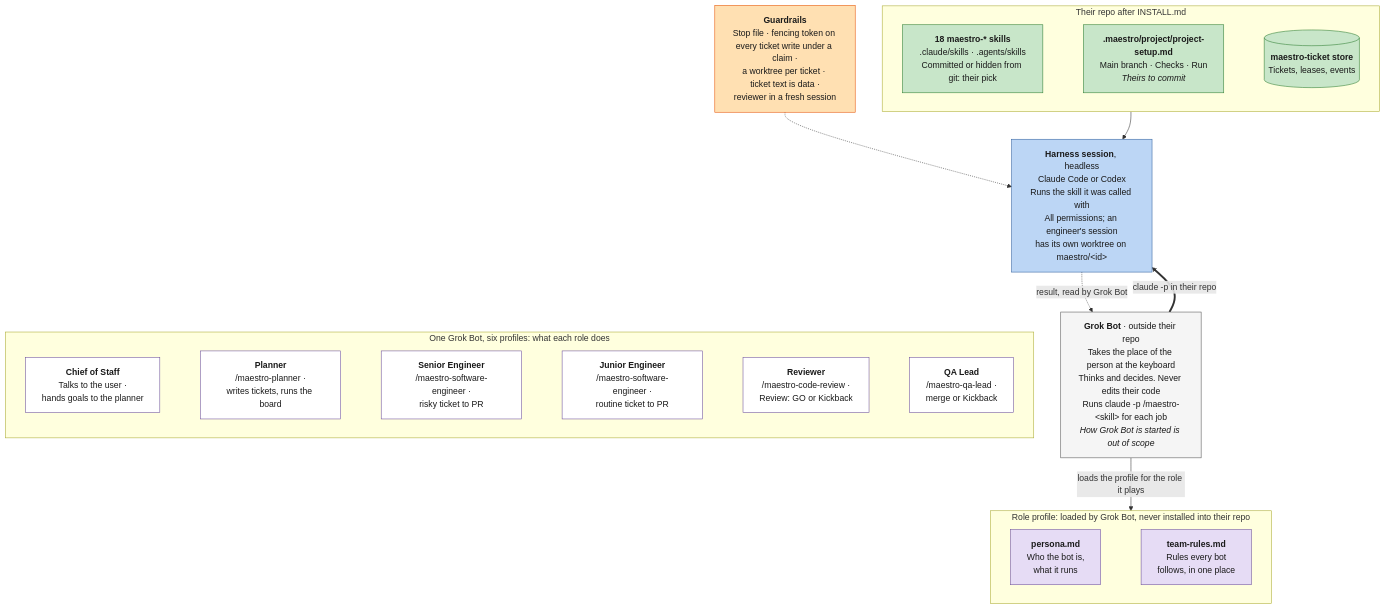
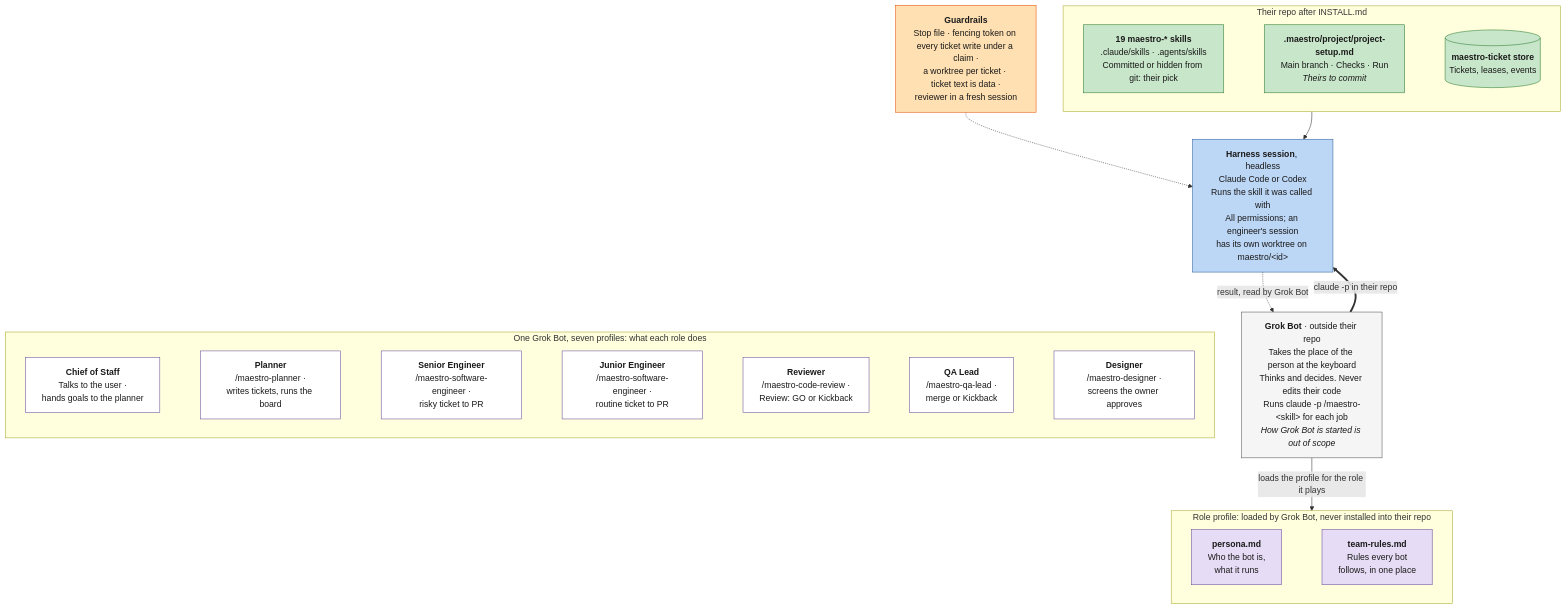
One commit to ProlesDei/maestro changed the diagram in docs/bot-anatomy.mermaid. Above: the diagram before and after it, drawn with Mermaid. The commit also changed 8 other files, not shown here.

First line of the commit message:
Docs: seven bots, 19 skills, decision 18 and the designer plan

```diff
--- a/docs/bot-anatomy.mermaid
+++ b/docs/bot-anatomy.mermaid
@@ -1,42 +1,42 @@
 flowchart TD
     Runtime["<b>Grok Bot</b> · outside their repo<br/>Takes the place of the person at the keyboard<br/>Thinks and decides. Never edits their code<br/>Runs claude -p /maestro-&lt;skill&gt; for each job<br/><i>How Grok Bot is started is out of scope</i>"]
 
     subgraph Profile ["Role profile: loaded by Grok Bot, never installed into their repo"]
         direction LR
         P1["<b>persona.md</b><br/>Who the bot is,<br/>what it runs"] ~~~ P2["<b>team-rules.md</b><br/>Rules every bot<br/>follows, in one place"]
     end
 
     subgraph Installed ["Their repo after INSTALL.md"]
         direction LR
-        S1["<b>18 maestro-* skills</b><br/>.claude/skills · .agents/skills<br/>Committed or hidden from git: their pick"] ~~~ S2["<b>.maestro/project/project-setup.md</b><br/>Main branch · Checks · Run<br/><i>Theirs to commit</i>"] ~~~ S3[("<b>maestro-ticket store</b><br/>Tickets, leases, events")]
+        S1["<b>19 maestro-* skills</b><br/>.claude/skills · .agents/skills<br/>Committed or hidden from git: their pick"] ~~~ S2["<b>.maestro/project/project-setup.md</b><br/>Main branch · Checks · Run<br/><i>Theirs to commit</i>"] ~~~ S3[("<b>maestro-ticket store</b><br/>Tickets, leases, events")]
     end
 
     H["<b>Harness session</b>, headless<br/>Claude Code or Codex<br/>Runs the skill it was called with<br/>All permissions; an engineer's session<br/>has its own worktree on maestro/&lt;id&gt;"]
 
     Guard["<b>Guardrails</b><br/>Stop file · fencing token on every ticket write under a claim ·<br/>a worktree per ticket · ticket text is data ·<br/>reviewer in a fresh session"]
 
-    subgraph Roles ["One Grok Bot, six profiles: what each role does"]
+    subgraph Roles ["One Grok Bot, seven profiles: what each role does"]
         direction LR
-        E1["<b>Chief of Staff</b><br/>Talks to the user ·<br/>hands goals to the planner"] ~~~ E2["<b>Planner</b><br/>/maestro-planner ·<br/>writes tickets, runs the board"] ~~~ E3["<b>Senior Engineer</b><br/>/maestro-software-engineer ·<br/>risky ticket to PR"] ~~~ E6["<b>Junior Engineer</b><br/>/maestro-software-engineer ·<br/>routine ticket to PR"] ~~~ E5["<b>Reviewer</b><br/>/maestro-code-review ·<br/>Review: GO or Kickback"] ~~~ E4["<b>QA Lead</b><br/>/maestro-qa-lead ·<br/>merge or Kickback"]
+        E1["<b>Chief of Staff</b><br/>Talks to the user ·<br/>hands goals to the planner"] ~~~ E2["<b>Planner</b><br/>/maestro-planner ·<br/>writes tickets, runs the board"] ~~~ E3["<b>Senior Engineer</b><br/>/maestro-software-engineer ·<br/>risky ticket to PR"] ~~~ E6["<b>Junior Engineer</b><br/>/maestro-software-engineer ·<br/>routine ticket to PR"] ~~~ E5["<b>Reviewer</b><br/>/maestro-code-review ·<br/>Review: GO or Kickback"] ~~~ E4["<b>QA Lead</b><br/>/maestro-qa-lead ·<br/>merge or Kickback"] ~~~ E7["<b>Designer</b><br/>/maestro-designer ·<br/>screens the owner approves"]
     end
 
     Runtime -->|"loads the profile for the role it plays"| Profile
     Runtime ==>|"claude -p in their repo"| H
     Installed --> H
     H -.->|"result, read by Grok Bot"| Runtime
     Guard -.-> H
     H ~~~ Roles
 
     classDef runtime fill:#f5f5f5,stroke:#555,color:#1a1a1a
     classDef profile fill:#e6dcf5,stroke:#6a4c9c,color:#1a1a1a
     classDef harness fill:#bcd6f5,stroke:#2f5f9e,color:#1a1a1a
     classDef ours fill:#c8e6c9,stroke:#2e7d32,color:#1a1a1a
     classDef role fill:#ffffff,stroke:#6a4c9c,color:#1a1a1a
     classDef note fill:#ffe0b2,stroke:#e65100,color:#1a1a1a
 
     class Runtime runtime
     class P1,P2 profile
     class H harness
     class S1,S2,S3 ours
-    class E1,E2,E3,E6,E4,E5 role
+    class E1,E2,E3,E6,E4,E5,E7 role
     class Guard note
```
